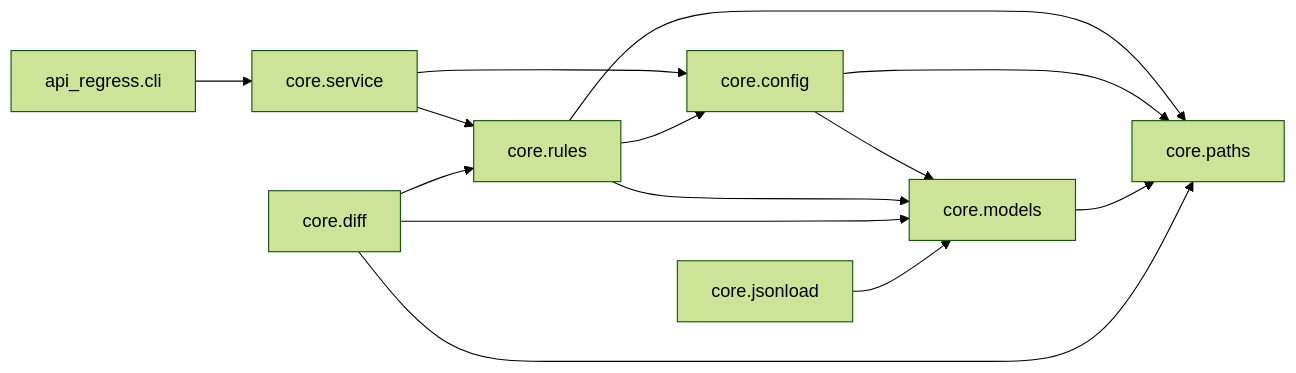
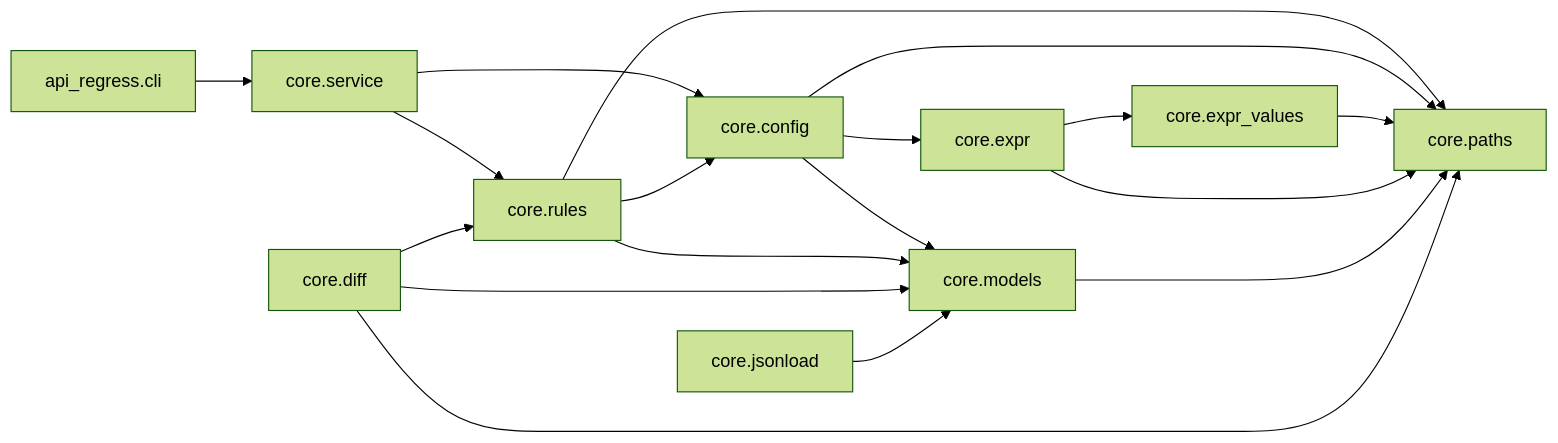
The first of 3 diagrams in doc/dev/architecture.md (caiuswang/api-regress), drawn with Mermaid (forest theme) before and after one commit. The commit also changed other lines of this file and 10 other files, not shown here.

````diff
--- a/doc/dev/architecture.md
+++ b/doc/dev/architecture.md
@@ -8,16 +8,20 @@
 ```mermaid
 flowchart LR
   CLI[api_regress.cli] --> SVC[core.service]
   SVC --> CFG[core.config]
   SVC --> RULES[core.rules]
   RULES --> CFG
   RULES --> PATHS[core.paths]
   CFG --> PATHS
+  CFG --> EXPR[core.expr]
+  EXPR --> EXPRV[core.expr_values]
+  EXPRV --> PATHS
+  EXPR --> PATHS
   CFG --> MODELS[core.models]
   RULES --> MODELS
   MODELS --> PATHS
   DIFF[core.diff] --> RULES
   DIFF --> MODELS
   DIFF --> PATHS
   JSONLOAD[core.jsonload] --> MODELS
 ```
````
